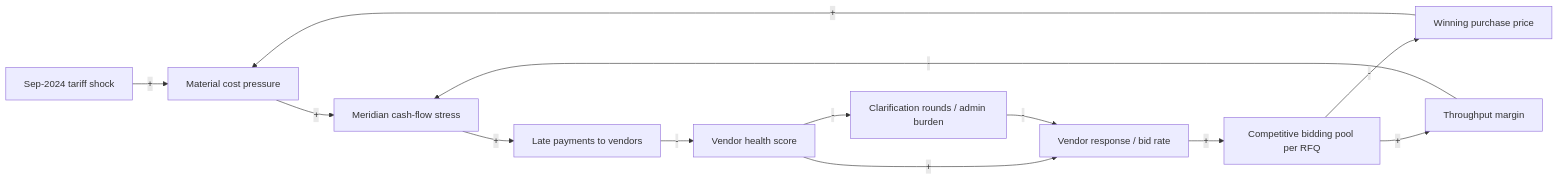
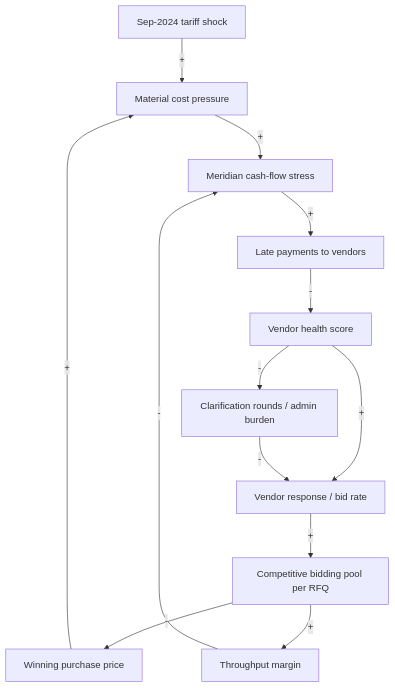
The first of 2 diagrams in book/04-part4-meridian.md (jayanthbagare/complete_book), drawn with Mermaid before and after one commit. The commit also changed other lines of this file and 9 other files, not shown here.

First line of the commit message:
Fix site layout and unreadable diagrams

````diff
--- a/book/04-part4-meridian.md
+++ b/book/04-part4-meridian.md
@@ -70,26 +70,26 @@
 ```mermaid
-graph LR
+graph TD
   TAR[Sep-2024 tariff shock]
   COST[Material cost pressure]
   CASH[Meridian cash-flow stress]
   LATE[Late payments to vendors]
   HEALTH[Vendor health score]
   RESP[Vendor response / bid rate]
   POOL[Competitive bidding pool per RFQ]
   PRICE[Winning purchase price]
   MARGIN[Throughput margin]
   CLAR[Clarification rounds / admin burden]
 
-  TAR -->|+| COST
-  COST -->|+| CASH
-  CASH -->|+| LATE
-  LATE -->|-| HEALTH
-  HEALTH -->|+| RESP
-  RESP -->|+| POOL
-  POOL -->|-| PRICE
-  PRICE -->|+| COST
-  POOL -->|+| MARGIN
-  MARGIN -->|-| CASH
-  HEALTH -->|-| CLAR
-  CLAR -->|-| RESP
+  TAR -->|#43;| COST
+  COST -->|#43;| CASH
+  CASH -->|#43;| LATE
+  LATE -->|#45;| HEALTH
+  HEALTH -->|#43;| RESP
+  RESP -->|#43;| POOL
+  POOL -->|#45;| PRICE
+  PRICE -->|#43;| COST
+  POOL -->|#43;| MARGIN
+  MARGIN -->|#45;| CASH
+  HEALTH -->|#45;| CLAR
+  CLAR -->|#45;| RESP
 ```
````
